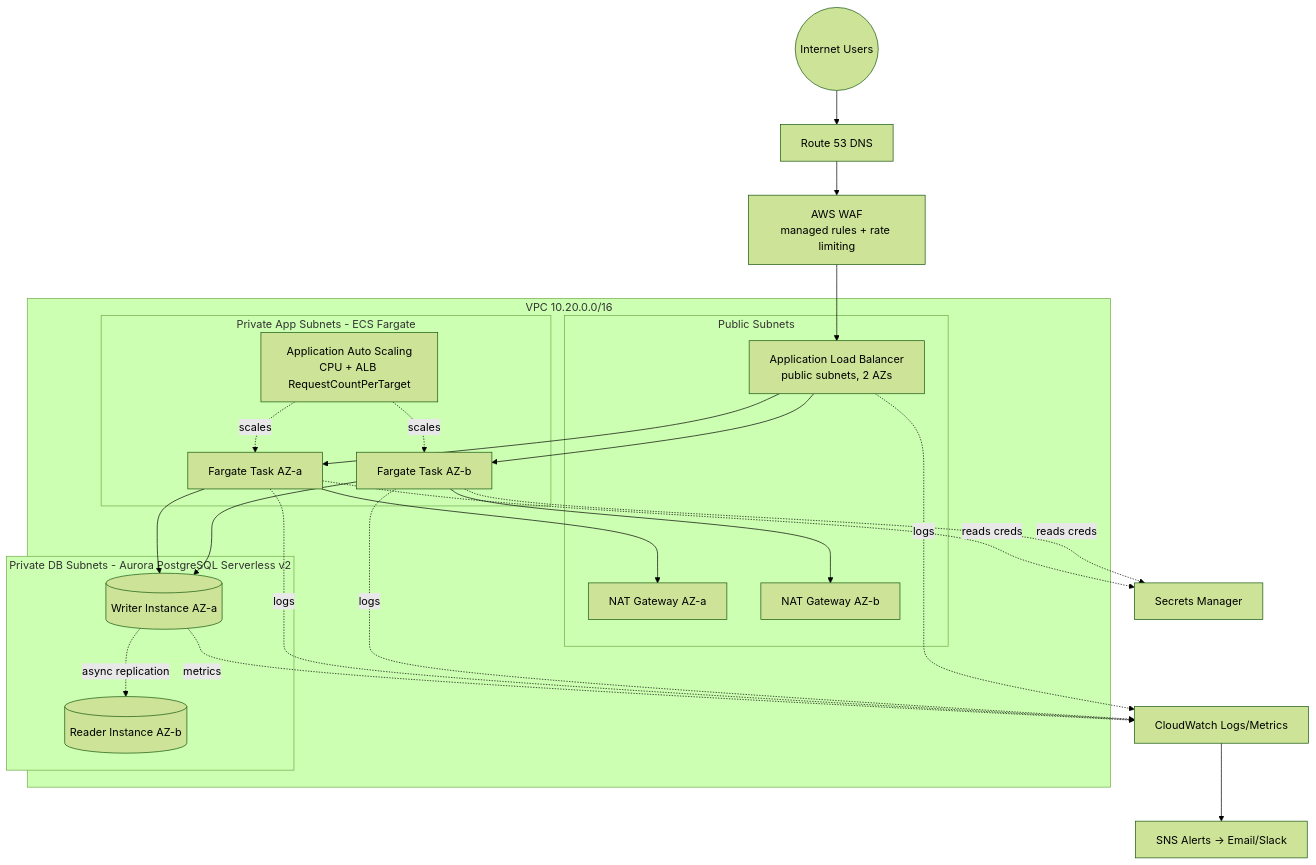
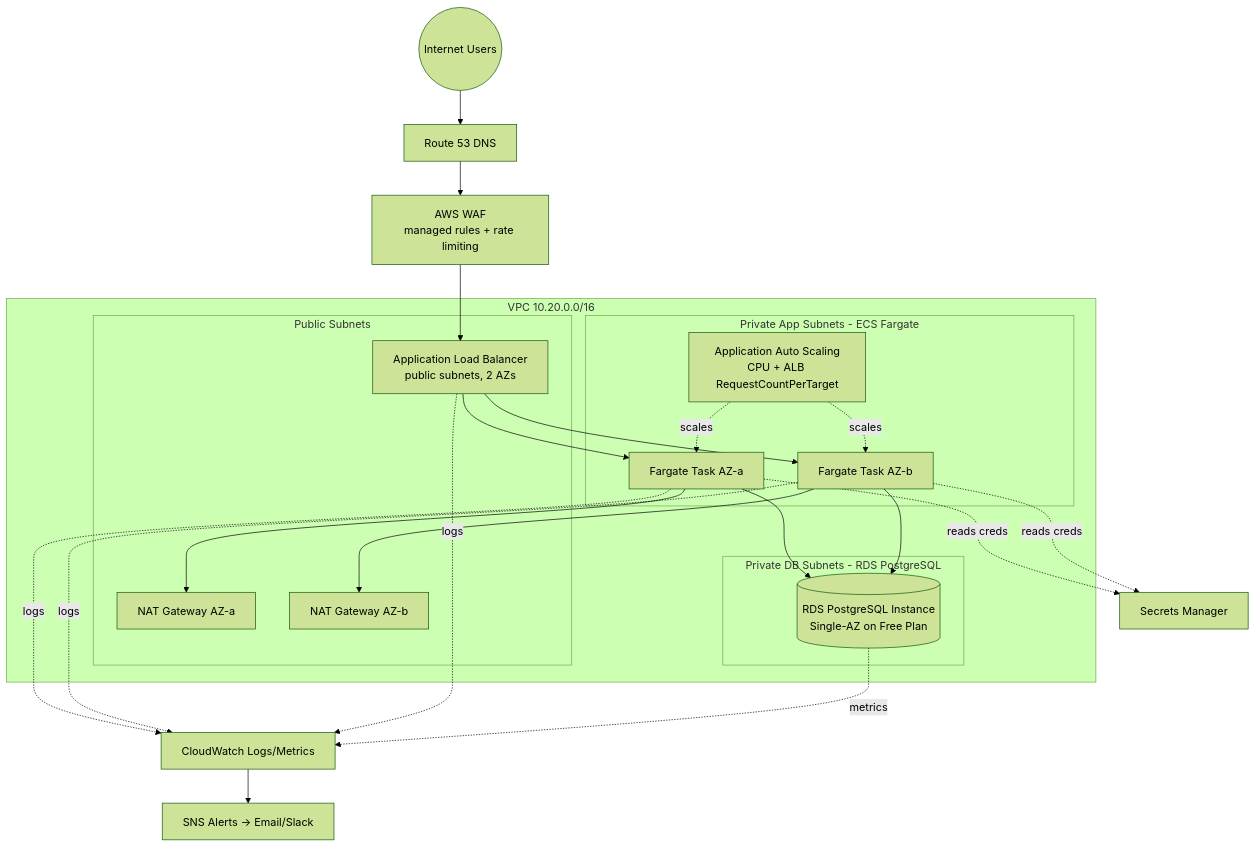
The diagram in docs/diagram.md (Priyankgulhane27/BluePeak), drawn with Mermaid (forest theme) before and after one commit. The commit also changed other lines of this file and 13 other files, not shown here.

Commit message:
Updated the DB realted configuration again as serverless DB was not supportive for free tiere aws plan

````diff
--- a/docs/diagram.md
+++ b/docs/diagram.md
@@ -6,43 +6,41 @@
 ```mermaid
 flowchart TB
     Internet((Internet Users)) --> R53[Route 53 DNS]
     R53 --> WAF[AWS WAF<br/>managed rules + rate limiting]
     WAF --> ALB[Application Load Balancer<br/>public subnets, 2 AZs]
 
     subgraph VPC["VPC 10.20.0.0/16"]
         subgraph Public["Public Subnets"]
             ALB
             NAT1[NAT Gateway AZ-a]
             NAT2[NAT Gateway AZ-b]
         end
 
         subgraph AppTier["Private App Subnets - ECS Fargate"]
             ECS1[Fargate Task AZ-a]
             ECS2[Fargate Task AZ-b]
             AAS[Application Auto Scaling<br/>CPU + ALB RequestCountPerTarget]
         end
 
-        subgraph DataTier["Private DB Subnets - Aurora PostgreSQL Serverless v2"]
-            RDSW[(Writer Instance AZ-a)]
-            RDSR[(Reader Instance AZ-b)]
+        subgraph DataTier["Private DB Subnets - RDS PostgreSQL"]
+            RDS[(RDS PostgreSQL Instance<br/>Single-AZ on Free Plan)]
         end
     end
 
     ALB --> ECS1
     ALB --> ECS2
     ECS1 --> NAT1
     ECS2 --> NAT2
-    ECS1 --> RDSW
-    ECS2 --> RDSW
-    RDSW -.async replication.-> RDSR
+    ECS1 --> RDS
+    ECS2 --> RDS
     AAS -.scales.-> ECS1
     AAS -.scales.-> ECS2
 
     ECS1 -. reads creds .-> SM[Secrets Manager]
     ECS2 -. reads creds .-> SM
     ECS1 -. logs .-> CW[CloudWatch Logs/Metrics]
     ECS2 -. logs .-> CW
     ALB -. logs .-> CW
-    RDSW -. metrics .-> CW
+    RDS -. metrics .-> CW
     CW --> SNS[SNS Alerts -> Email/Slack]
 ```
````
